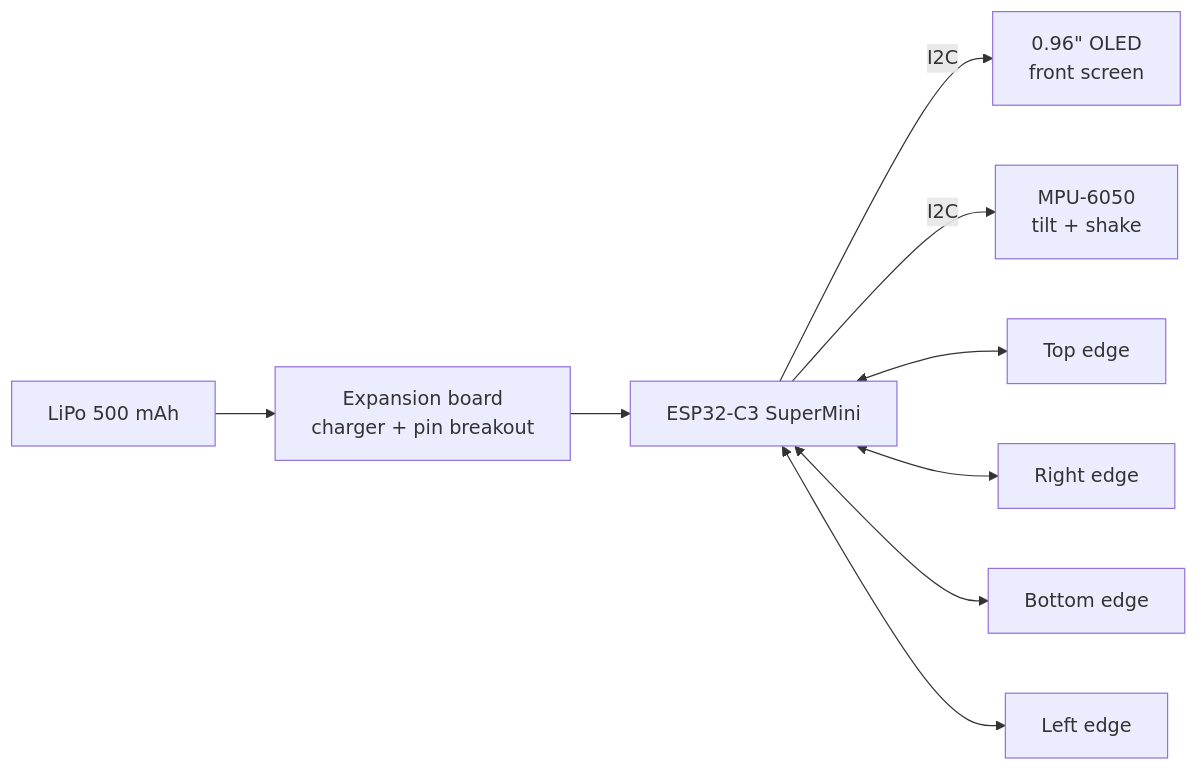
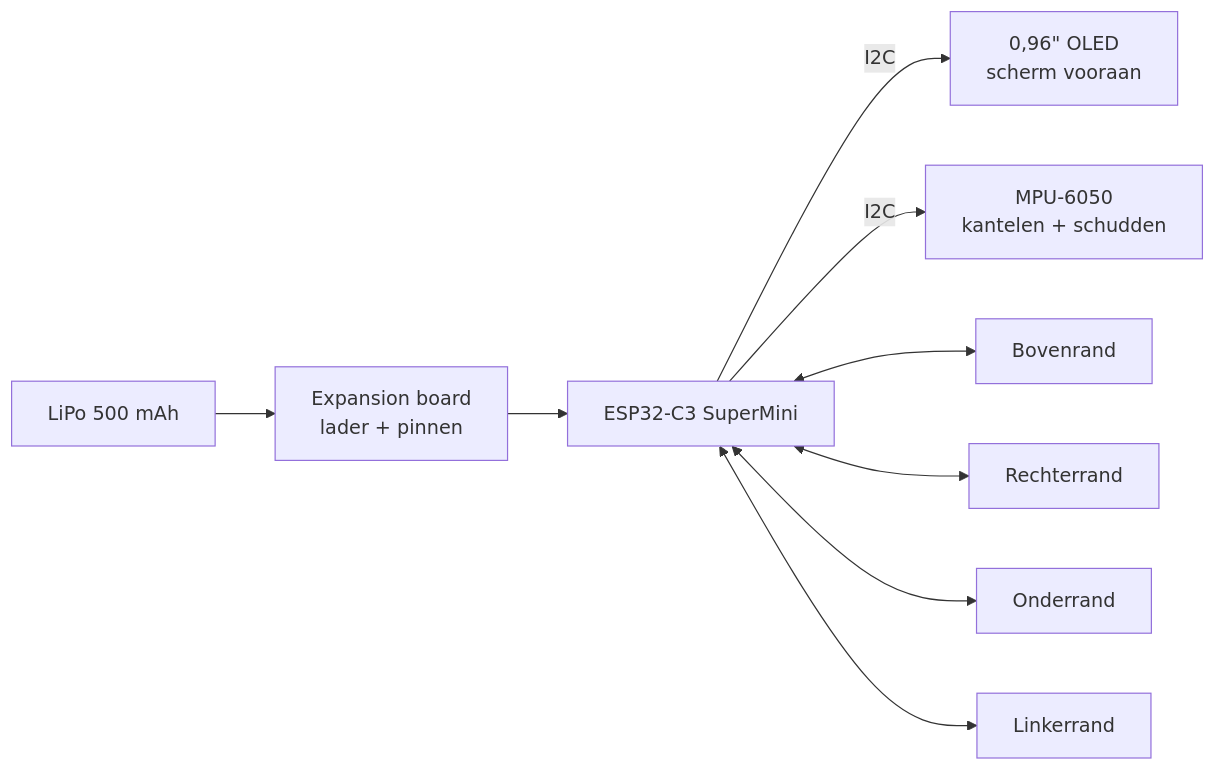
The first of 4 diagrams in docs/Ideas.md (weggos2000/Cubelings), drawn with Mermaid before and after one commit. The commit also changed other lines of this file and 2 other files, not shown here.

````diff
--- a/docs/Ideas.md
+++ b/docs/Ideas.md
@@ -27,11 +28,11 @@
 ```mermaid
 flowchart LR
-    BAT[LiPo 500 mAh] --> EXP[Expansion board<br/>charger + pin breakout]
+    BAT[LiPo 500 mAh] --> EXP[Expansion board<br/>lader + pinnen]
     EXP --> MCU[ESP32-C3 SuperMini]
-    MCU -- I2C --> OLED[0.96&quot; OLED<br/>front screen]
-    MCU -- I2C --> IMU[MPU-6050<br/>tilt + shake]
-    MCU <--> E1[Top edge]
-    MCU <--> E2[Right edge]
-    MCU <--> E3[Bottom edge]
-    MCU <--> E4[Left edge]
+    MCU -- I2C --> OLED[0,96&quot; OLED<br/>scherm vooraan]
+    MCU -- I2C --> IMU[MPU-6050<br/>kantelen + schudden]
+    MCU <--> E1[Bovenrand]
+    MCU <--> E2[Rechterrand]
+    MCU <--> E3[Onderrand]
+    MCU <--> E4[Linkerrand]
 ```
````
